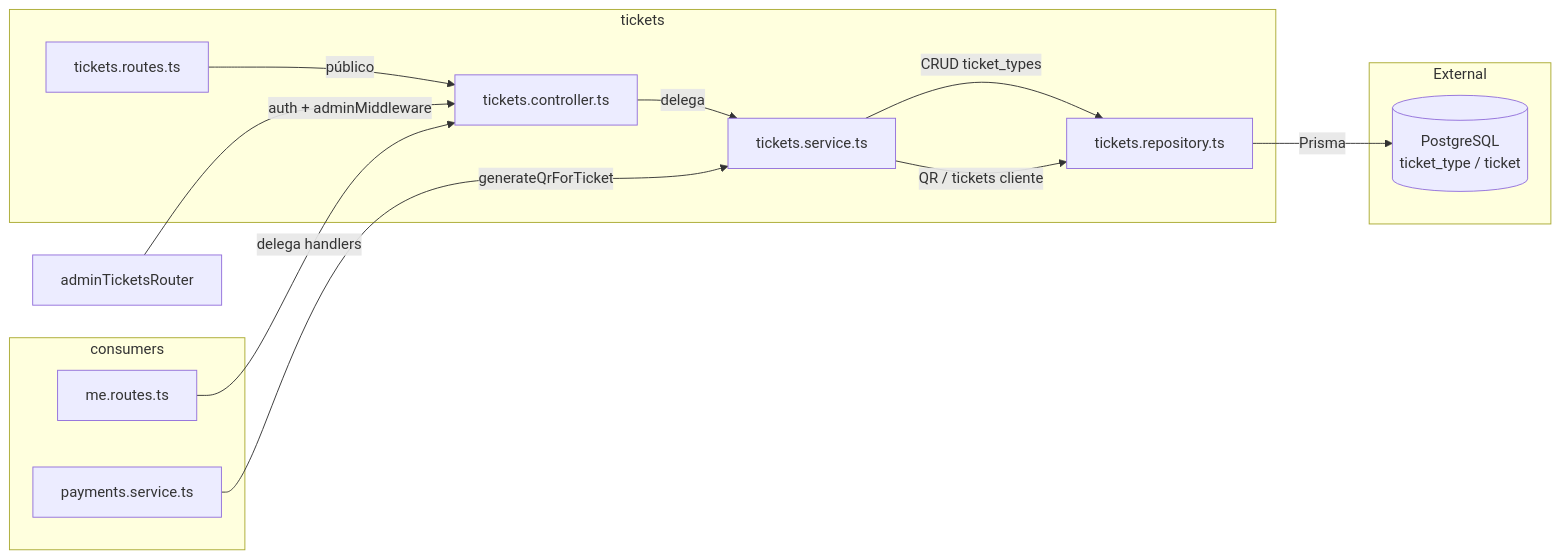
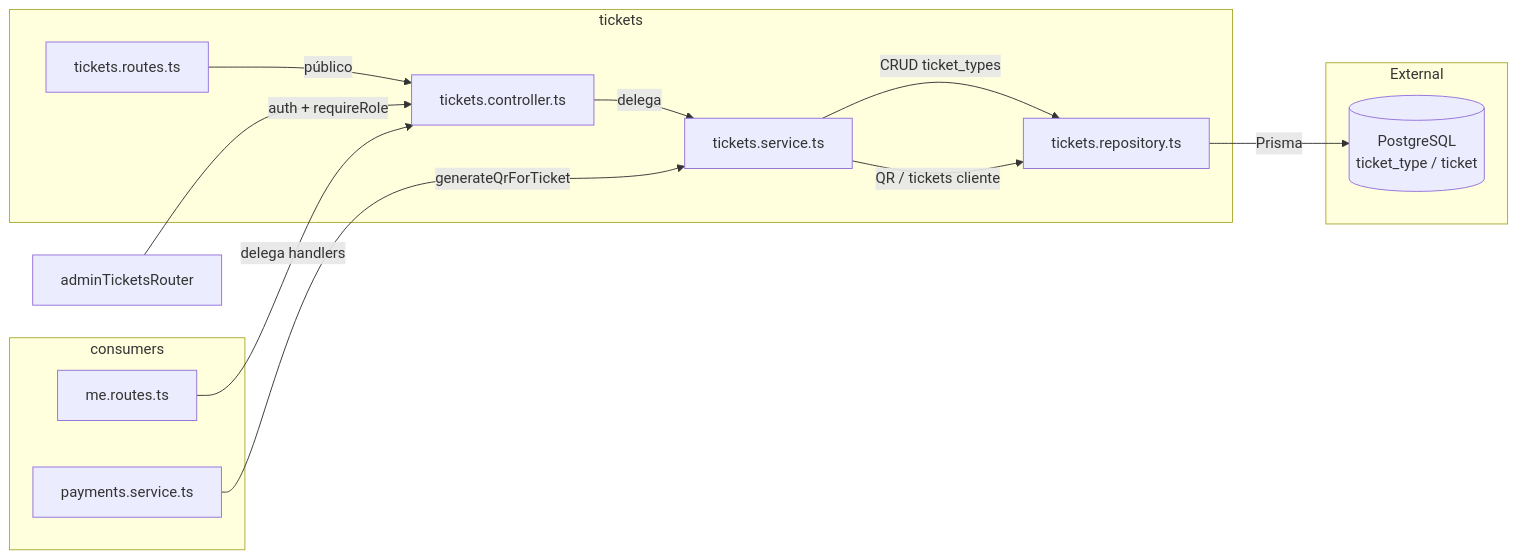
One commit to User281167/venta-de-tickets changed the diagram in backend/src/modules/tickets/README.md. Above: the diagram before and after it, drawn with Mermaid. The commit also changed other lines of this file and 11 other files, not shown here.

````diff
--- a/backend/src/modules/tickets/README.md
+++ b/backend/src/modules/tickets/README.md
@@ -172,25 +105,25 @@
 ```mermaid
 graph LR
     subgraph tickets
         R[tickets.routes.ts]
         C[tickets.controller.ts]
         S[tickets.service.ts]
         Repo[tickets.repository.ts]
     end
     subgraph consumers
         ME[me.routes.ts]
         PAY[payments.service.ts]
     end
     subgraph External
         DB[(PostgreSQL<br/>ticket_type / ticket)]
     end
 
     R -->|público| C
-    R2[adminTicketsRouter] -->|auth + adminMiddleware| C
+    R2[adminTicketsRouter] -->|auth + requireRole| C
     C -->|delega| S
     S -->|CRUD ticket_types| Repo
     S -->|QR / tickets cliente| Repo
     Repo -->|Prisma| DB
     ME -->|delega handlers| C
     PAY -->|generateQrForTicket| S
 ```
````
